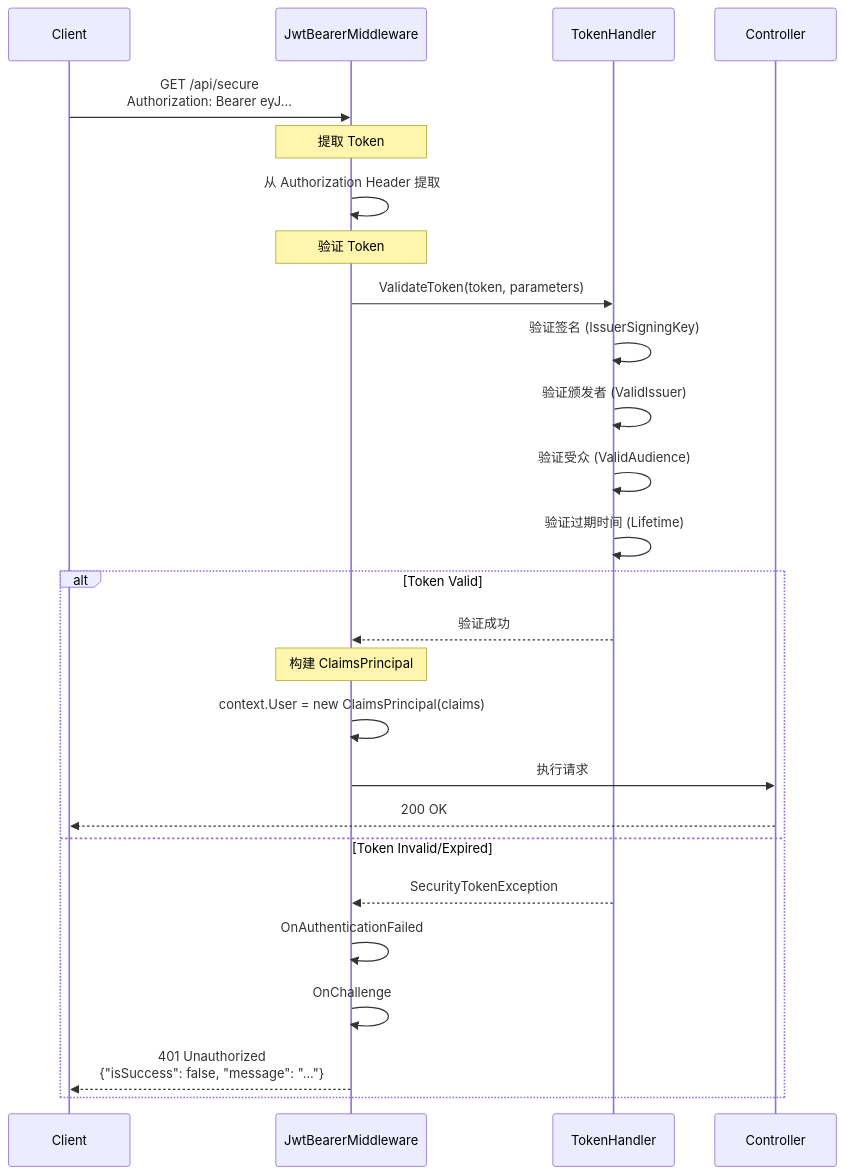
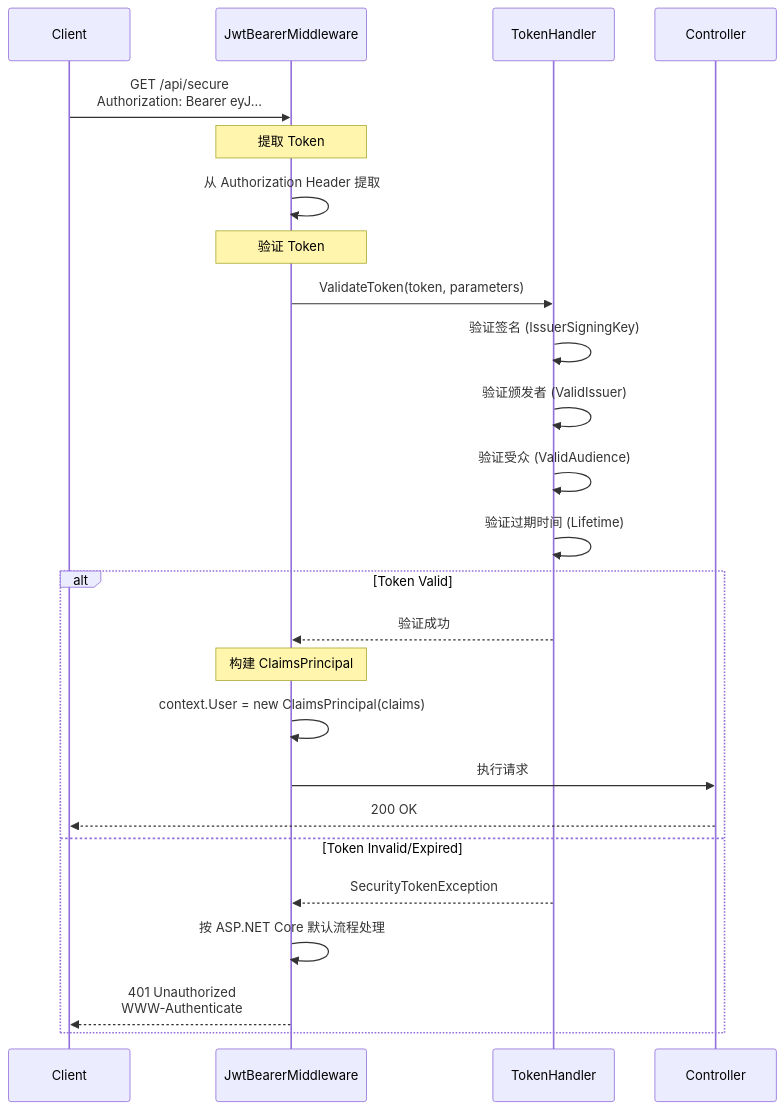
Before and after one commit to azrng/nuget-packages: the second of 2 diagrams in src/Shared/Azrng.AspNetCore.Authentication.JwtBearer/ARCHITECTURE.md, drawn with Mermaid. The commit also changed other lines of this file and 9 other files, not shown here.

First line of the commit message:
fix(Azrng.AspNetCore.Authentication.JwtBearer): 收口依赖与显式事件扩展

````diff
--- a/src/Shared/Azrng.AspNetCore.Authentication.JwtBearer/ARCHITECTURE.md
+++ b/src/Shared/Azrng.AspNetCore.Authentication.JwtBearer/ARCHITECTURE.md
@@ -260,32 +261,31 @@
 ```mermaid
 sequenceDiagram
     participant Client
     participant JwtBearerMiddleware
     participant TokenHandler
     participant Controller
 
     Client->>JwtBearerMiddleware: GET /api/secure<br/>Authorization: Bearer eyJ...
 
     Note over JwtBearerMiddleware: 提取 Token
     JwtBearerMiddleware->>JwtBearerMiddleware: 从 Authorization Header 提取
 
     Note over JwtBearerMiddleware: 验证 Token
     JwtBearerMiddleware->>TokenHandler: ValidateToken(token, parameters)
     TokenHandler->>TokenHandler: 验证签名 (IssuerSigningKey)
     TokenHandler->>TokenHandler: 验证颁发者 (ValidIssuer)
     TokenHandler->>TokenHandler: 验证受众 (ValidAudience)
     TokenHandler->>TokenHandler: 验证过期时间 (Lifetime)
 
     alt Token Valid
         TokenHandler-->>JwtBearerMiddleware: 验证成功
         Note over JwtBearerMiddleware: 构建 ClaimsPrincipal
         JwtBearerMiddleware->>JwtBearerMiddleware: context.User = new ClaimsPrincipal(claims)
         JwtBearerMiddleware->>Controller: 执行请求
         Controller-->>Client: 200 OK
     else Token Invalid/Expired
         TokenHandler-->>JwtBearerMiddleware: SecurityTokenException
-        JwtBearerMiddleware->>JwtBearerMiddleware: OnAuthenticationFailed
-        JwtBearerMiddleware->>JwtBearerMiddleware: OnChallenge
-        JwtBearerMiddleware-->>Client: 401 Unauthorized<br/>{"isSuccess": false, "message": "..."}
+        JwtBearerMiddleware->>JwtBearerMiddleware: 按 ASP.NET Core 默认流程处理
+        JwtBearerMiddleware-->>Client: 401 Unauthorized<br/>WWW-Authenticate
     end
 ```
````
